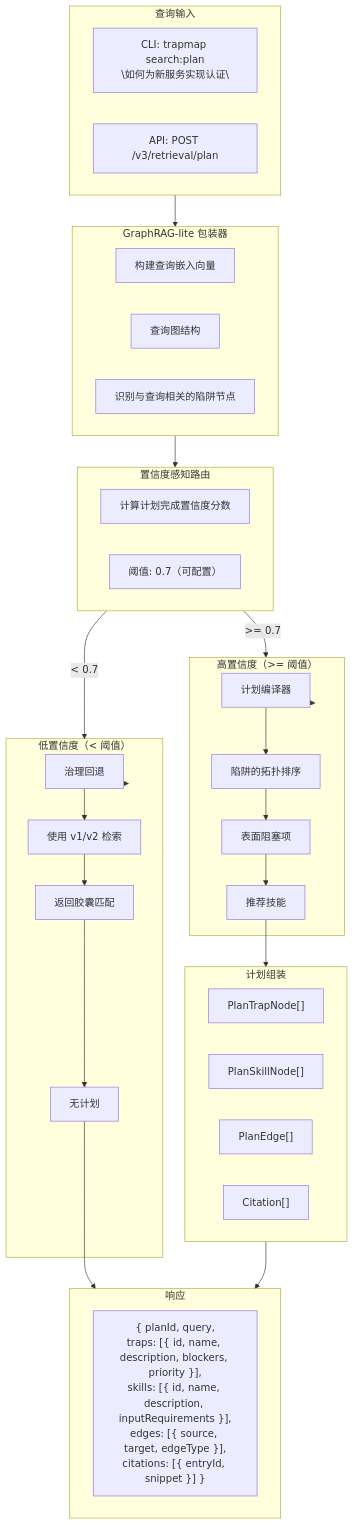
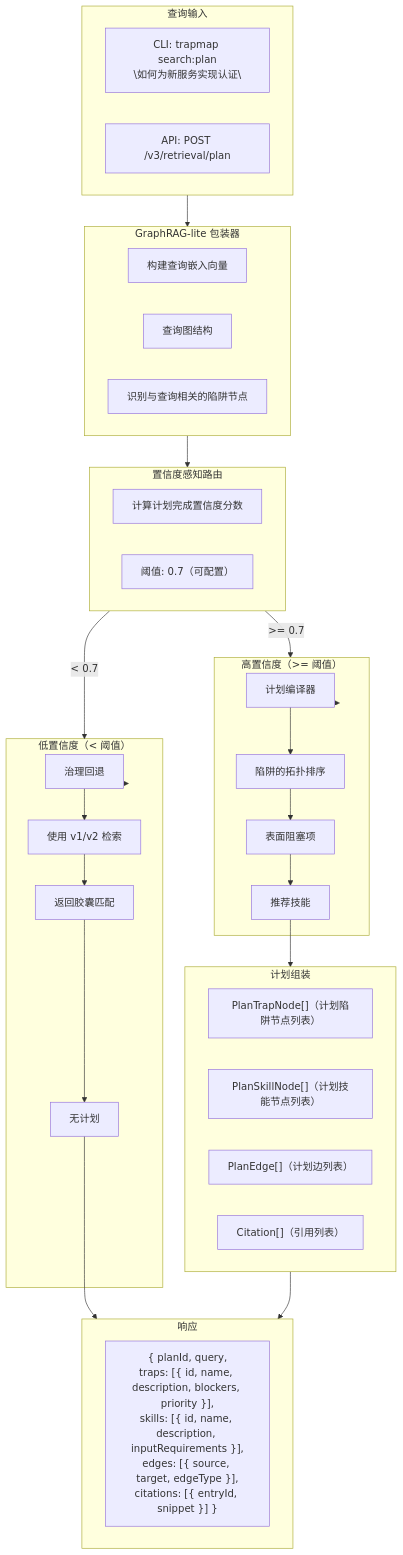
Before and after one commit to pofossette/TrapMap-for-vibing: the seventh of 10 diagrams in docs/architecture/FLOW.md, drawn with Mermaid. The commit also changed other lines of this file, not shown here.

Commit message:
Update FLOW.md architecture documentation

````diff
--- a/docs/architecture/FLOW.md
+++ b/docs/architecture/FLOW.md
@@ -337,59 +338,59 @@
 ```mermaid
 flowchart TB
     subgraph 查询输入["查询输入"]
         CLIQuery["CLI: trapmap search:plan\n\"如何为新服务实现认证\""]
         APIQuery["API: POST /v3/retrieval/plan"]
     end
     
     subgraph GraphRAG封装器["GraphRAG-lite 包装器"]
         BuildEmbed["构建查询嵌入向量"]
         QueryGraph["查询图结构"]
         IdentifyTraps["识别与查询相关的陷阱节点"]
     end
     
     subgraph 置信度路由["置信度感知路由"]
         CalcConfidence["计算计划完成置信度分数"]
         Threshold["阈值: 0.7（可配置）"]
     end
     
     subgraph 高置信度["高置信度（>= 阈值）"]
         PlanCompiler["计划编译器"]
         TopoSort["陷阱的拓扑排序"]
         SurfaceBlockers["表面阻塞项"]
         RecommendSkills["推荐技能"]
     end
     
     subgraph 低置信度["低置信度（< 阈值）"]
         GovernedFallback["治理回退"]
         UseV1V2["使用 v1/v2 检索"]
         ReturnCapsule["返回胶囊匹配"]
         NoPlan["无计划"]
     end
     
     subgraph 计划组装["计划组装"]
-        PlanNodes["PlanTrapNode[]"]
-        SkillNodes["PlanSkillNode[]"]
-        PlanEdges["PlanEdge[]"]
-        Citations["Citation[]"]
+        PlanNodes["PlanTrapNode[]（计划陷阱节点列表）"]
+        SkillNodes["PlanSkillNode[]（计划技能节点列表）"]
+        PlanEdges["PlanEdge[]（计划边列表）"]
+        Citations["Citation[]（引用列表）"]
     end
     
     subgraph 响应["响应"]
         RespBody["{ planId, query,\ntraps: [{ id, name, description, blockers, priority }],\nskills: [{ id, name, description, inputRequirements }],\nedges: [{ source, target, edgeType }],\ncitations: [{ entryId, snippet }] }"]
     end
 
     查询输入 --> GraphRAG封装器
     GraphRAG封装器 --> 置信度路由
     置信度路由 -->|>= 0.7| 高置信度
     置信度路由 -->|< 0.7| 低置信度
     高置信度 --> PlanCompiler
     PlanCompiler --> TopoSort
     TopoSort --> SurfaceBlockers
     SurfaceBlockers --> RecommendSkills
     RecommendSkills --> 计划组装
     低置信度 --> GovernedFallback
     GovernedFallback --> UseV1V2
     UseV1V2 --> ReturnCapsule
     ReturnCapsule --> NoPlan
     NoPlan --> 响应
     计划组装 --> 响应
 ```
````
